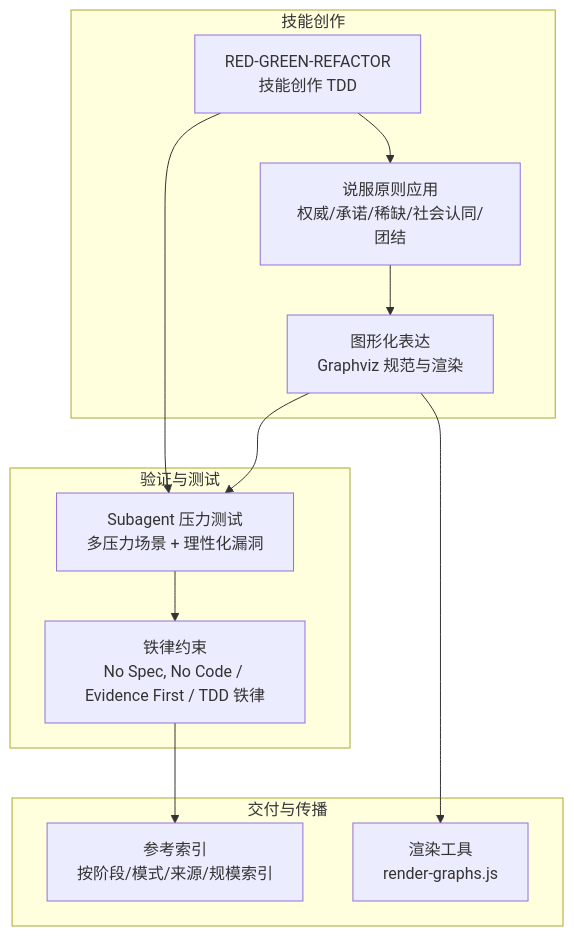
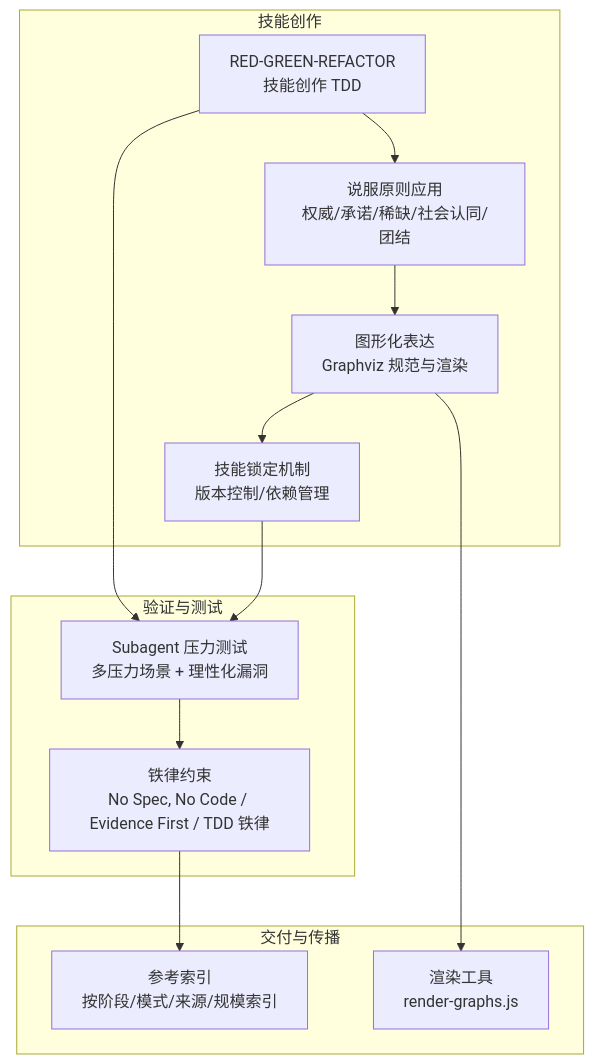
The second of 10 diagrams in .qoder/repowiki/zh/content/超级能力模块/技能编写指南.md (AngelWings1997/altas), drawn with Mermaid before and after one commit. The commit also changed other lines of this file and 2 other files, not shown here.

````diff
--- a/.qoder/repowiki/zh/content/超级能力模块/技能编写指南.md
+++ b/.qoder/repowiki/zh/content/超级能力模块/技能编写指南.md
@@ -100,23 +119,25 @@
 ```mermaid
 graph TB
 subgraph "技能创作"
 TDD["RED-GREEN-REFACTOR<br/>技能创作 TDD"]
 Persuade["说服原则应用<br/>权威/承诺/稀缺/社会认同/团结"]
 Graph["图形化表达<br/>Graphviz 规范与渲染"]
+Lock["技能锁定机制<br/>版本控制/依赖管理"]
 end
 subgraph "验证与测试"
 Subagent["Subagent 压力测试<br/>多压力场景 + 理性化漏洞"]
 IronLaw["铁律约束<br/>No Spec, No Code / Evidence First / TDD 铁律"]
 end
 subgraph "交付与传播"
 Index["参考索引<br/>按阶段/模式/来源/规模索引"]
 Render["渲染工具<br/>render-graphs.js"]
 end
 TDD --> Persuade
 Persuade --> Graph
-Graph --> Subagent
+Graph --> Lock
+Lock --> Subagent
 TDD --> Subagent
 Subagent --> IronLaw
 IronLaw --> Index
 Graph --> Render
 ```
````
